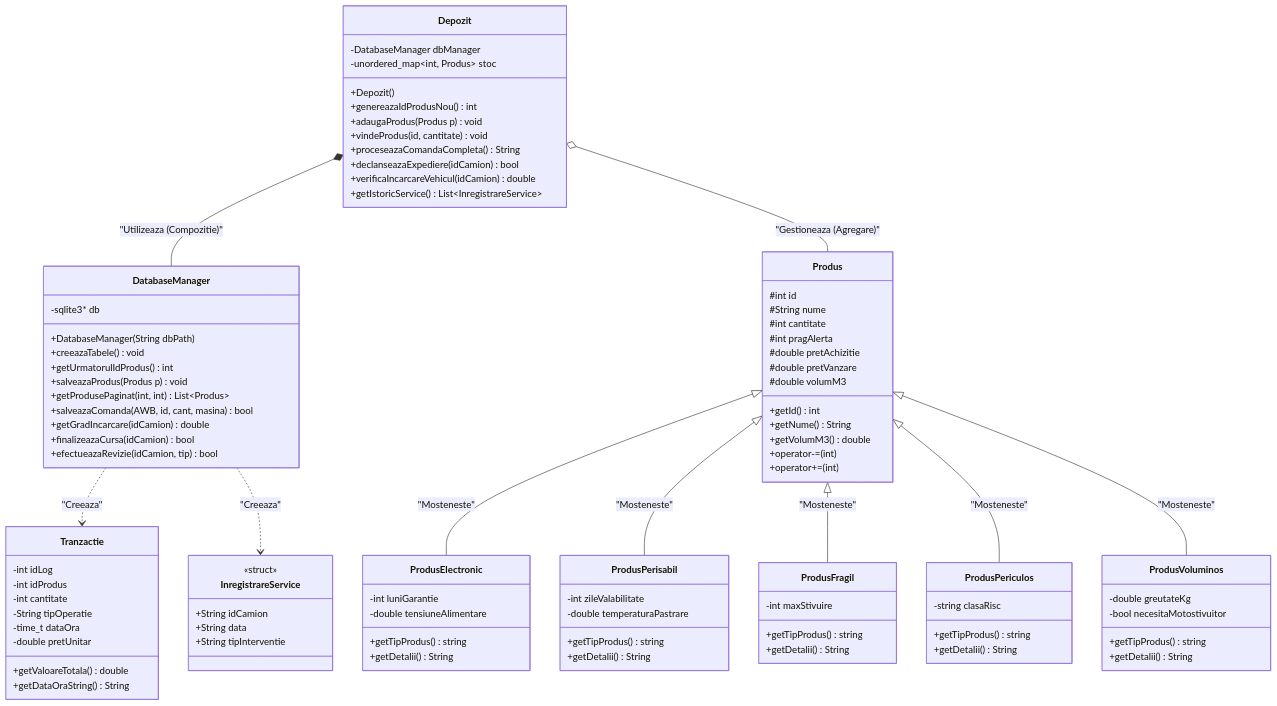
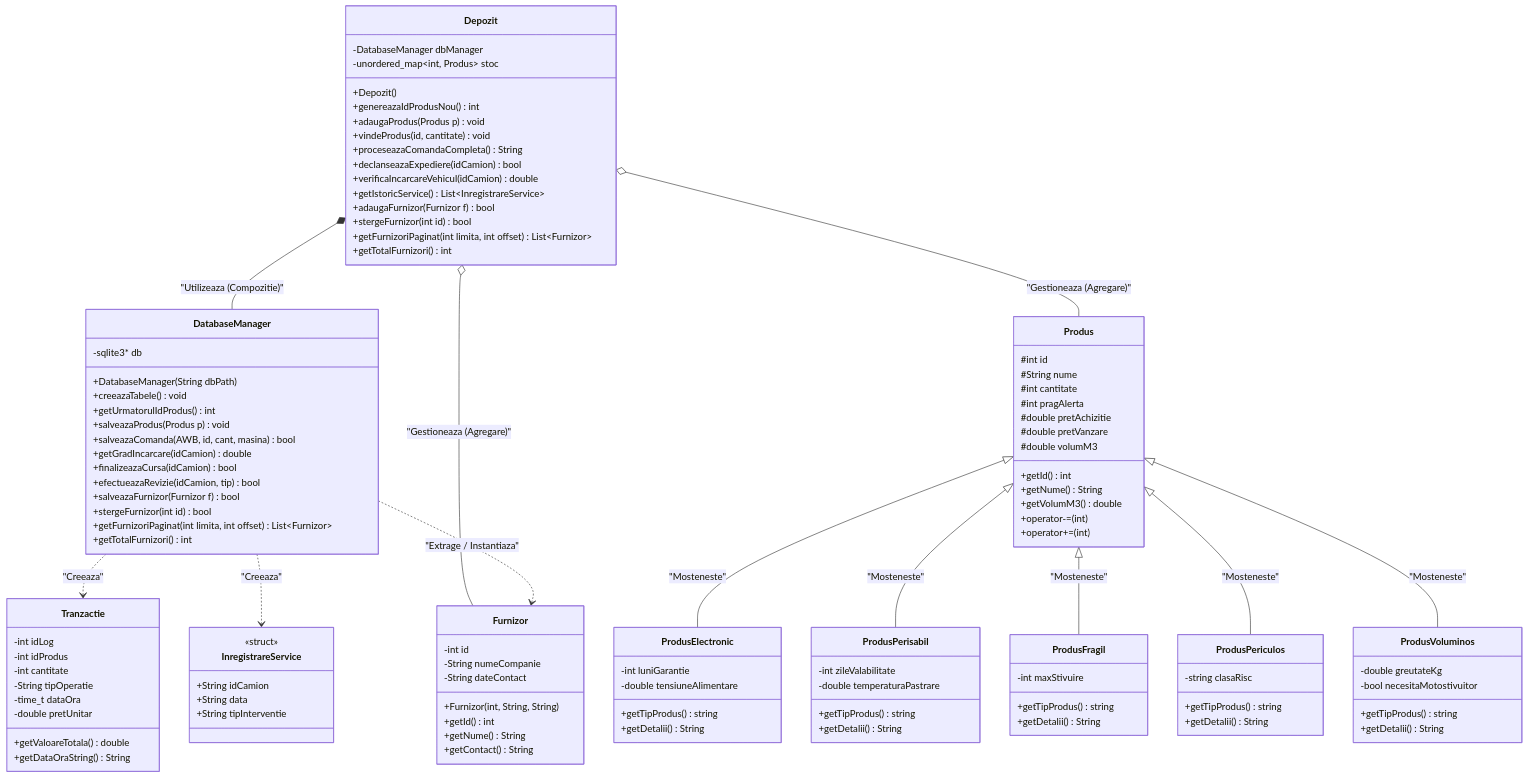
The diagram in README.md (usmro/SistemMonitorizareDepozit---3122B-Valach-Dumitru-Cornel), drawn with Mermaid before and after one commit. The commit also changed other lines of this file, not shown here.

````diff
--- a/README.md
+++ b/README.md
@@ -24,14 +24,27 @@
 classDiagram
     Depozit *-- DatabaseManager : "Utilizeaza (Compozitie)"
     Depozit o-- Produs : "Gestioneaza (Agregare)"
+    Depozit o-- Furnizor : "Gestioneaza (Agregare)"
+    
     DatabaseManager ..> Tranzactie : "Creeaza"
     DatabaseManager ..> InregistrareService : "Creeaza"
+    DatabaseManager ..> Furnizor : "Extrage / Instantiaza"
     
     Produs <|-- ProdusElectronic : "Mosteneste"
     Produs <|-- ProdusPerisabil : "Mosteneste"
     Produs <|-- ProdusFragil : "Mosteneste"
     Produs <|-- ProdusPericulos : "Mosteneste"
     Produs <|-- ProdusVoluminos : "Mosteneste"
+
+    class Furnizor {
+        -int id
+        -String numeCompanie
+        -String dateContact
+        +Furnizor(int, String, String)
+        +getId() int
+        +getNume() String
+        +getContact() String
+    }
 
     class InregistrareService {
         <<struct>>
@@ -105,11 +118,14 @@
         +creeazaTabele() void
         +getUrmatorulIdProdus() int
         +salveazaProdus(Produs p) void
-        +getProdusePaginat(int, int) List~Produs~
         +salveazaComanda(AWB, id, cant, masina) bool
         +getGradIncarcare(idCamion) double
         +finalizeazaCursa(idCamion) bool
         +efectueazaRevizie(idCamion, tip) bool
+        +salveazaFurnizor(Furnizor f) bool
+        +stergeFurnizor(int id) bool
+        +getFurnizoriPaginat(int limita, int offset) List~Furnizor~
+        +getTotalFurnizori() int
     }
 
     class Depozit {
@@ -123,5 +139,9 @@
         +declanseazaExpediere(idCamion) bool
         +verificaIncarcareVehicul(idCamion) double
         +getIstoricService() List~InregistrareService~
+        +adaugaFurnizor(Furnizor f) bool
+        +stergeFurnizor(int id) bool
+        +getFurnizoriPaginat(int limita, int offset) List~Furnizor~
+        +getTotalFurnizori() int
     }
 ```
````
